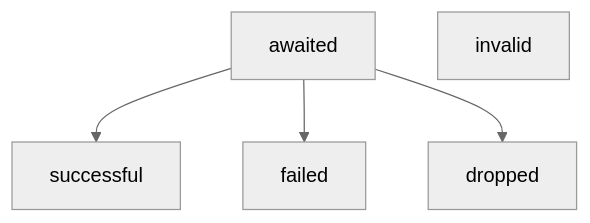
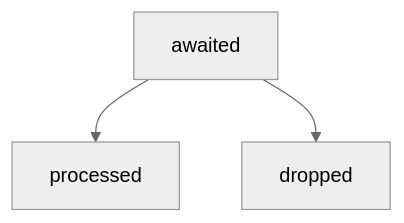
One commit to research-ag/hpl-io changed the second of 5 diagrams in README.md. Above: the diagram before and after it, drawn with Mermaid (neutral theme). The commit also changed other lines of this file and 2 other files, not shown here.

````diff
--- a/README.md
+++ b/README.md
@@ -21,7 +42,5 @@
 ```mermaid
 flowchart TD
-W[awaited] --> successful
-W --> failed
-W --> dropped
-invalid
+W[awaited] --> P[processed]
+W --> D[dropped]
 ```
````
